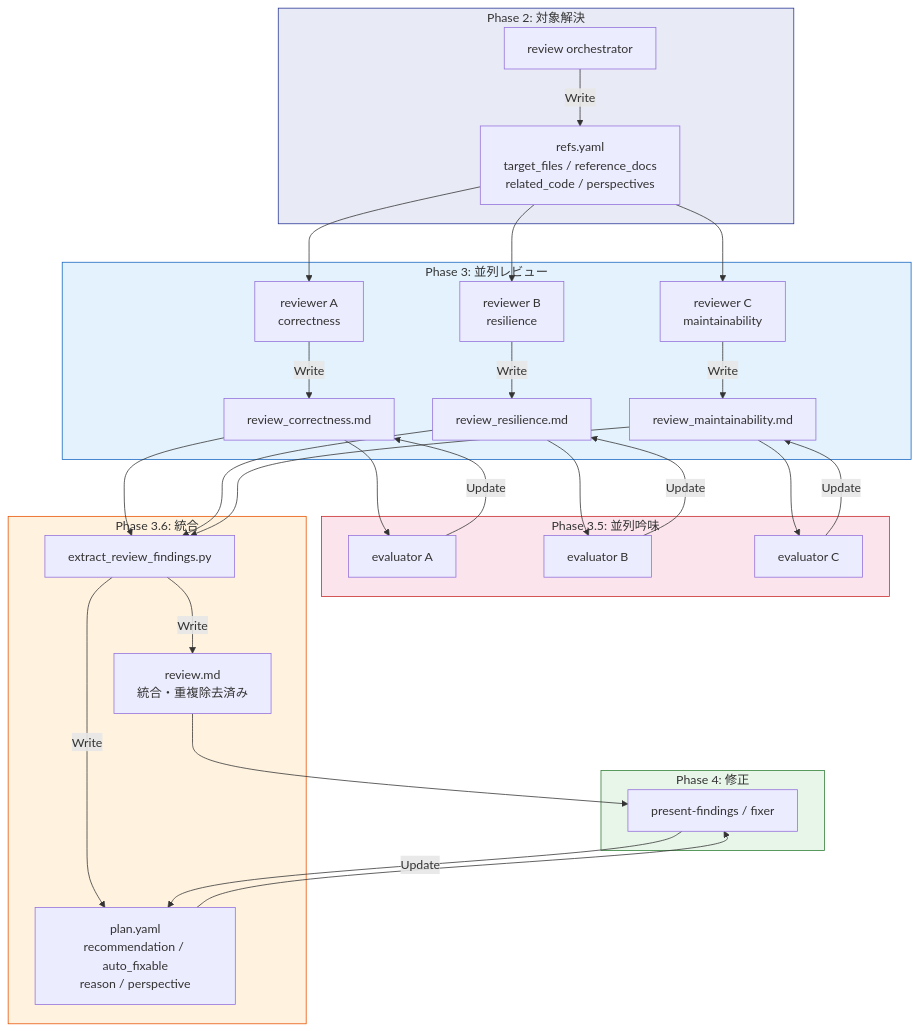
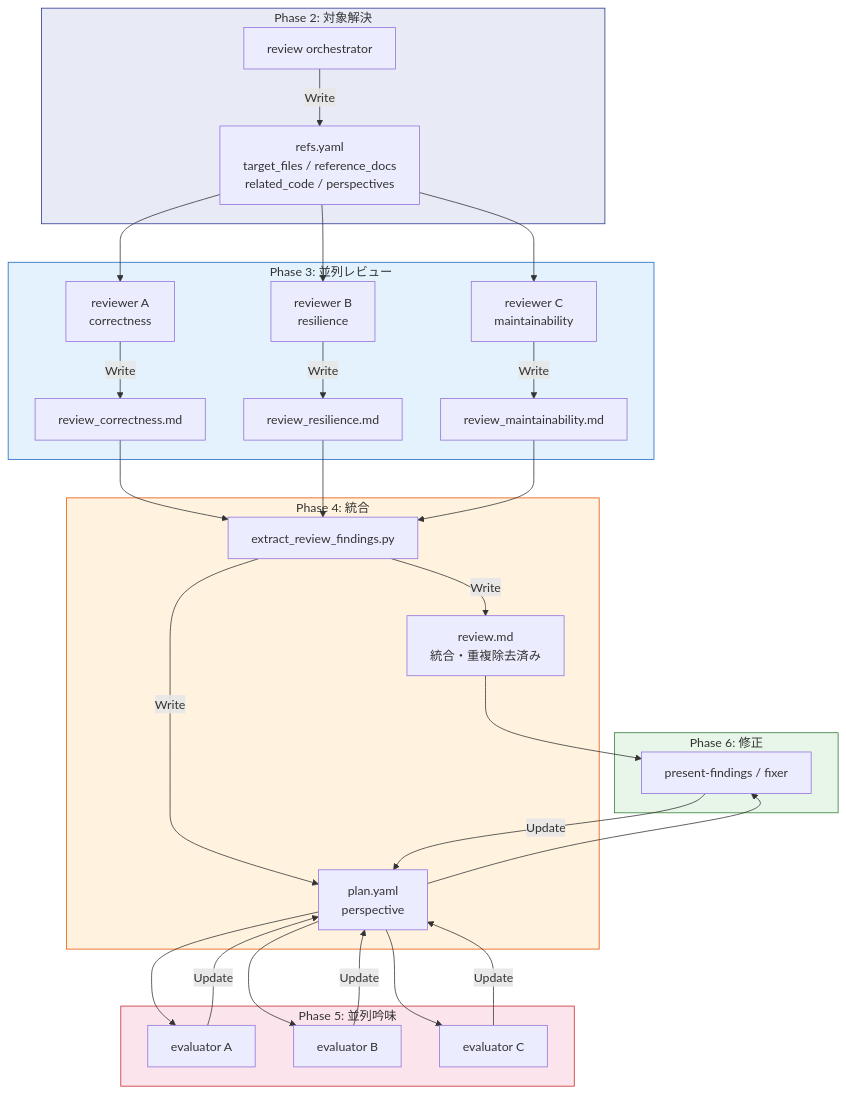
The second of 2 diagrams in docs/specs/forge/design/review_workflow_design.md (BlueEventHorizon/bw-cc-plugins), drawn with Mermaid before and after one commit. The commit also changed other lines of this file and 20 other files, not shown here.

First line of the commit message:
fix: code review findings — evaluator output contract, stale references, error handling

````diff
--- a/docs/specs/forge/design/review_workflow_design.md
+++ b/docs/specs/forge/design/review_workflow_design.md
@@ -266,41 +264,41 @@
 ```mermaid
 flowchart TD
     subgraph Phase2 [Phase 2: 対象解決]
         ORC[review orchestrator] -->|Write| REFS[refs.yaml<br>target_files / reference_docs<br>related_code / perspectives]
     end
 
     subgraph Phase3 [Phase 3: 並列レビュー]
         REFS --> R1[reviewer A<br>correctness]
         REFS --> R2[reviewer B<br>resilience]
         REFS --> R3[reviewer C<br>maintainability]
         R1 -->|Write| RA[review_correctness.md]
         R2 -->|Write| RB[review_resilience.md]
         R3 -->|Write| RC[review_maintainability.md]
     end
 
-    subgraph Phase3_5 [Phase 3.5: 並列吟味]
-        RA --> E1[evaluator A]
-        RB --> E2[evaluator B]
-        RC --> E3[evaluator C]
-        E1 -->|Update| RA
-        E2 -->|Update| RB
-        E3 -->|Update| RC
+    subgraph Phase4 [Phase 4: 統合]
+        RA & RB & RC --> EXT[extract_review_findings.py]
+        EXT -->|Write| RM[review.md<br>統合・重複除去済み]
+        EXT -->|Write| PY[plan.yaml<br>perspective]
     end
 
-    subgraph Phase3_6 [Phase 3.6: 統合]
-        RA & RB & RC --> EXT[extract_review_findings.py]
-        EXT -->|Write| RM[review.md<br>統合・重複除去済み]
-        EXT -->|Write| PY[plan.yaml<br>recommendation / auto_fixable<br>reason / perspective]
+    subgraph Phase5 [Phase 5: 並列吟味]
+        PY --> E1[evaluator A]
+        PY --> E2[evaluator B]
+        PY --> E3[evaluator C]
+        E1 -->|Update| PY
+        E2 -->|Update| PY
+        E3 -->|Update| PY
     end
 
-    subgraph Phase4 [Phase 4: 修正]
+    subgraph Phase6 [Phase 6: 修正]
         RM & PY --> PF[present-findings / fixer]
         PF -->|Update| PY
     end
 
     style Phase2 fill:#e8eaf6,stroke:#283593
     style Phase3 fill:#e3f2fd,stroke:#1565c0
-    style Phase3_5 fill:#fce4ec,stroke:#c62828
-    style Phase3_6 fill:#fff3e0,stroke:#e65100
-    style Phase4 fill:#e8f5e9,stroke:#2e7d32
+    style Phase5 fill:#fce4ec,stroke:#c62828
+    style Phase4 fill:#fff3e0,stroke:#e65100
+    style Phase6 fill:#e8f5e9,stroke:#2e7d32
 ```
````
